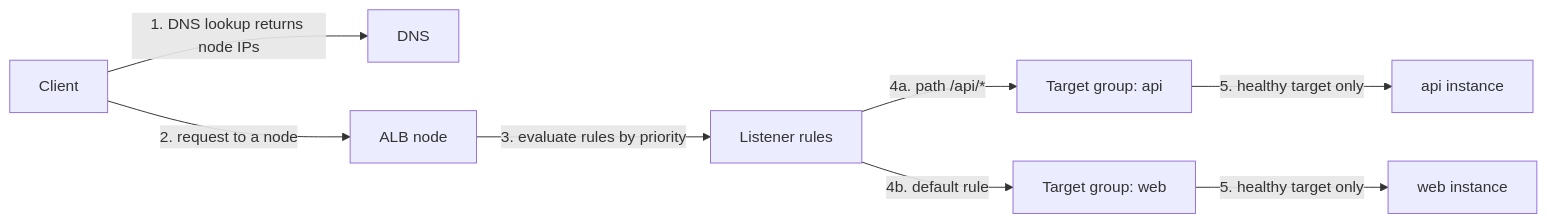
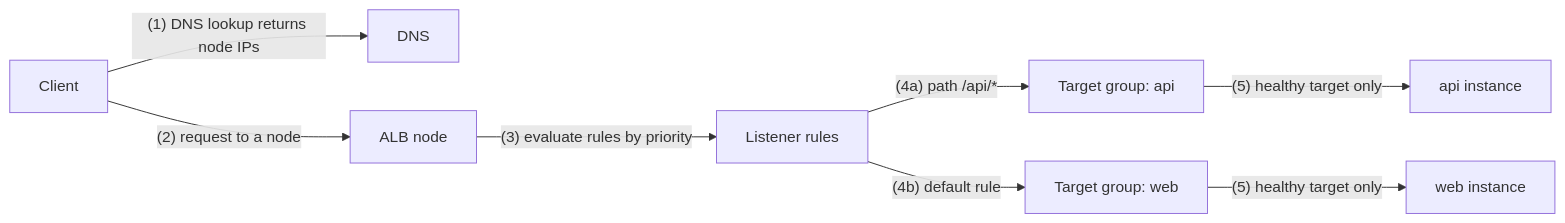
The second of 3 diagrams in AWS/SAA/elb/elastic-load-balancing.md (firmanains/Belajar), drawn with Mermaid before and after one commit. The commit also changed 14 other files, not shown here.

First line of the commit message:
Fix Mermaid labels that rendered as "Unsupported markdown"

````diff
--- a/AWS/SAA/elb/elastic-load-balancing.md
+++ b/AWS/SAA/elb/elastic-load-balancing.md
@@ -65,10 +65,10 @@
 ```mermaid
 flowchart LR
-  c["Client"] -->|"1. DNS lookup returns node IPs"| dns["DNS"]
-  c -->|"2. request to a node"| alb["ALB node"]
-  alb -->|"3. evaluate rules by priority"| rule["Listener rules"]
-  rule -->|"4a. path /api/*"| tgApi["Target group: api"]
-  rule -->|"4b. default rule"| tgWeb["Target group: web"]
-  tgApi -->|"5. healthy target only"| api1["api instance"]
-  tgWeb -->|"5. healthy target only"| web1["web instance"]
+  c["Client"] -->|"(1) DNS lookup returns node IPs"| dns["DNS"]
+  c -->|"(2) request to a node"| alb["ALB node"]
+  alb -->|"(3) evaluate rules by priority"| rule["Listener rules"]
+  rule -->|"(4a) path /api/*"| tgApi["Target group: api"]
+  rule -->|"(4b) default rule"| tgWeb["Target group: web"]
+  tgApi -->|"(5) healthy target only"| api1["api instance"]
+  tgWeb -->|"(5) healthy target only"| web1["web instance"]
 ```
````
